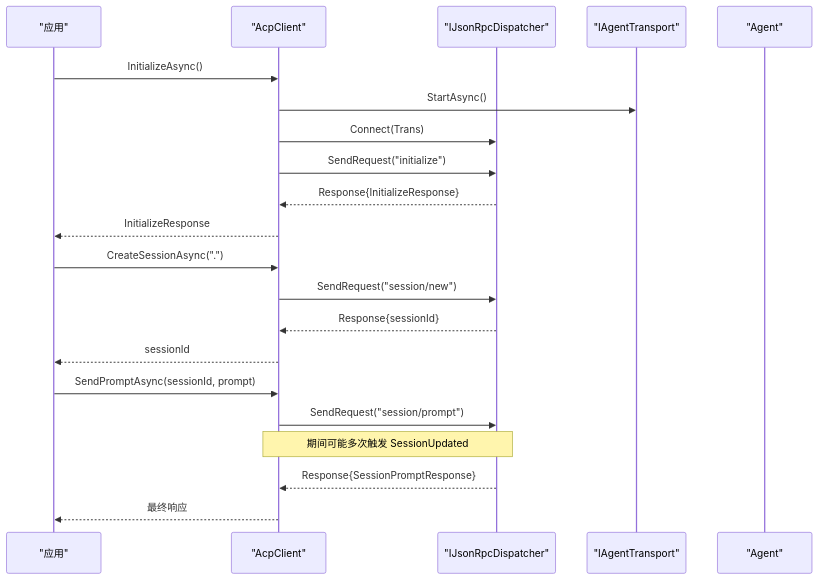
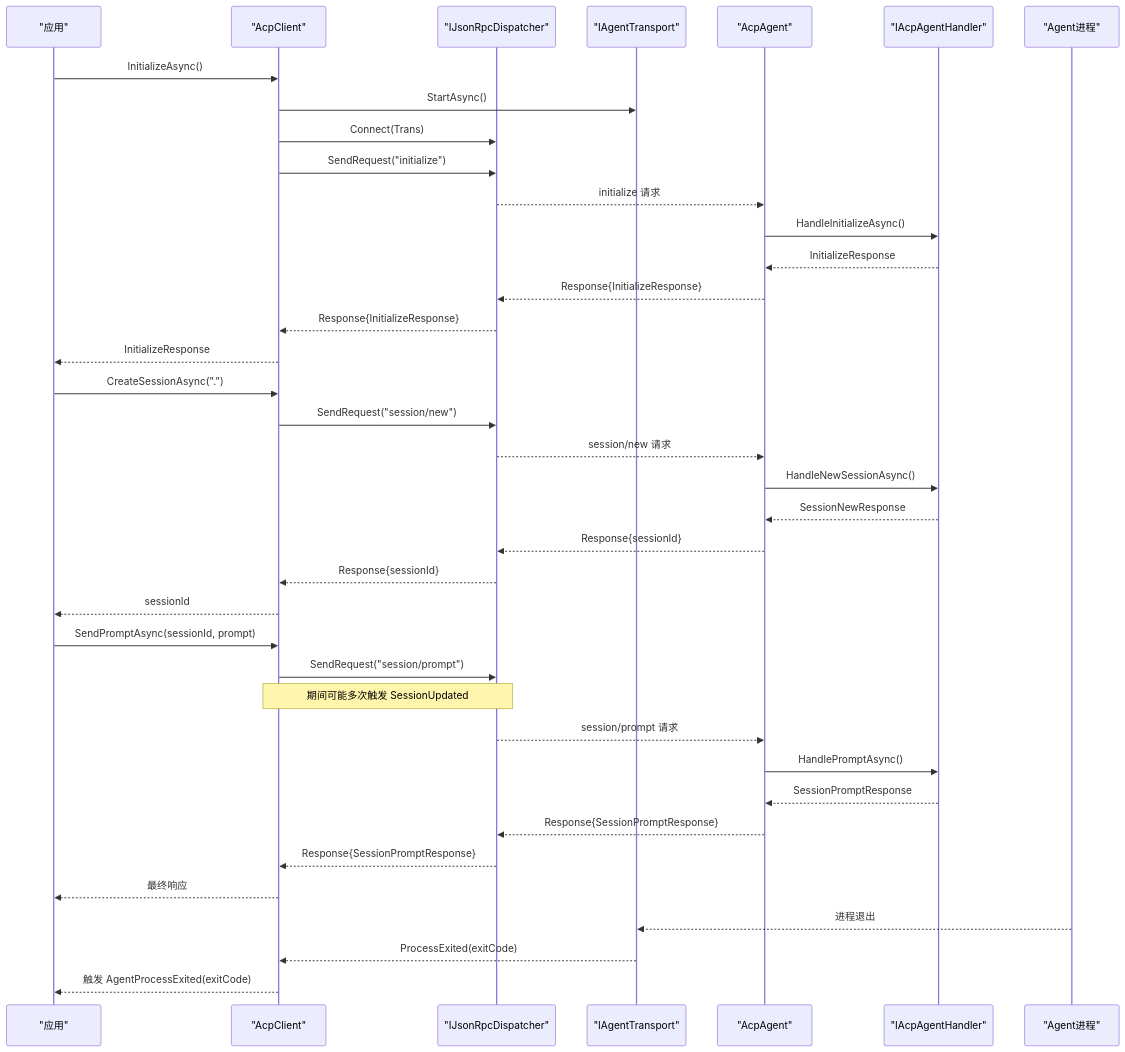
One commit to AgenticDesktop/ACPLibrary changed the fourth of 6 diagrams in .qoder/repowiki/zh/content/客户端API/客户端API.md. Above: the diagram before and after it, drawn with Mermaid. The commit also changed other lines of this file and 33 other files, not shown here.

````diff
--- a/.qoder/repowiki/zh/content/客户端API/客户端API.md
+++ b/.qoder/repowiki/zh/content/客户端API/客户端API.md
@@ -350,23 +476,40 @@
 ```mermaid
 sequenceDiagram
 participant App as "应用"
 participant Client as "AcpClient"
 participant Disp as "IJsonRpcDispatcher"
 participant Trans as "IAgentTransport"
-participant Agent as "Agent"
+participant Agent as "AcpAgent"
+participant Handler as "IAcpAgentHandler"
+participant AgentProc as "Agent进程"
 App->>Client : InitializeAsync()
 Client->>Trans : StartAsync()
 Client->>Disp : Connect(Trans)
 Client->>Disp : SendRequest("initialize")
+Disp-->>Agent : initialize 请求
+Agent->>Handler : HandleInitializeAsync()
+Handler-->>Agent : InitializeResponse
+Agent-->>Disp : Response{InitializeResponse}
 Disp-->>Client : Response{InitializeResponse}
 Client-->>App : InitializeResponse
 App->>Client : CreateSessionAsync(".")
 Client->>Disp : SendRequest("session/new")
+Disp-->>Agent : session/new 请求
+Agent->>Handler : HandleNewSessionAsync()
+Handler-->>Agent : SessionNewResponse
+Agent-->>Disp : Response{sessionId}
 Disp-->>Client : Response{sessionId}
 Client-->>App : sessionId
 App->>Client : SendPromptAsync(sessionId, prompt)
 Client->>Disp : SendRequest("session/prompt")
 Note over Client,Disp : 期间可能多次触发 SessionUpdated
+Disp-->>Agent : session/prompt 请求
+Agent->>Handler : HandlePromptAsync()
+Handler-->>Agent : SessionPromptResponse
+Agent-->>Disp : Response{SessionPromptResponse}
 Disp-->>Client : Response{SessionPromptResponse}
 Client-->>App : 最终响应
+AgentProc-->>Trans : 进程退出
+Trans-->>Client : ProcessExited(exitCode)
+Client-->>App : 触发 AgentProcessExited(exitCode)
 ```
````
